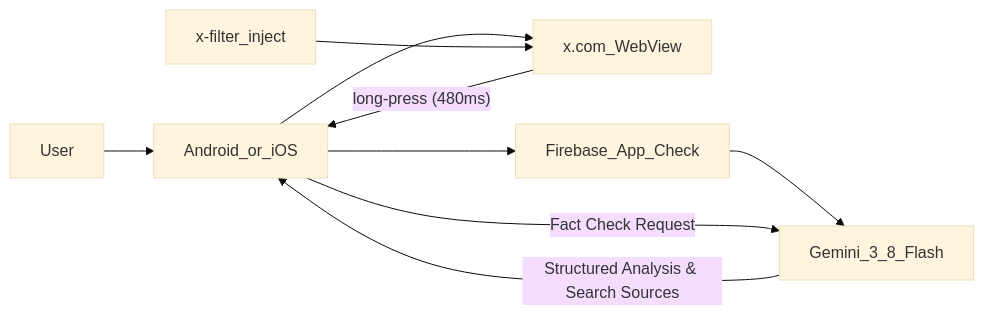
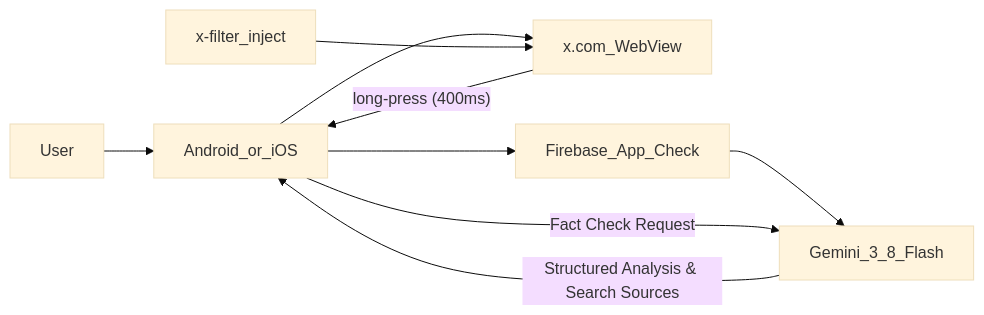
One commit to billylo1/Robin changed the diagram in docs/ARCHITECTURE.md. Above: the diagram before and after it, drawn with Mermaid (base theme). The commit also changed 5 other files, not shown here.

Commit message:
Polish fact-check long-press gesture timing and haptic feedback

````diff
--- a/docs/ARCHITECTURE.md
+++ b/docs/ARCHITECTURE.md
@@ -14,18 +14,18 @@
 ```mermaid
 flowchart LR
   user[User]
   native[Android_or_iOS]
   webview[x.com_WebView]
   filter[x-filter_inject]
   gemini[Gemini_3_8_Flash]
   appcheck[Firebase_App_Check]
 
   user --> native
   native --> webview
   filter --> webview
-  webview -- "long-press (480ms)" --> native
+  webview -- "long-press (400ms)" --> native
   native --> appcheck
   appcheck --> gemini
   native -- "Fact Check Request" --> gemini
   gemini -- "Structured Analysis & Search Sources" --> native
 ```
````
